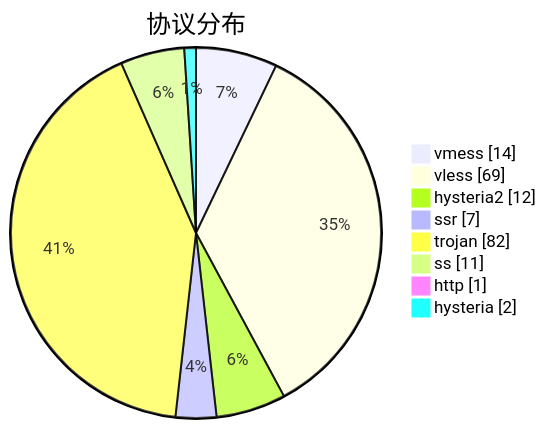
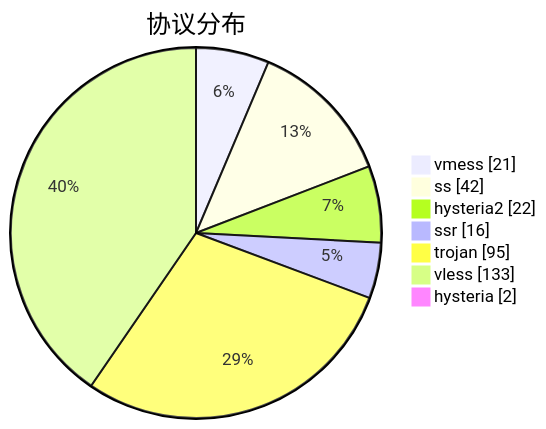
One commit to sinspired/airport changed the third of 3 diagrams in subs/statistics/tested_within.md. Above: the diagram before and after it, drawn with Mermaid. The commit also changed other lines of this file and 2 other files, not shown here.

````diff
--- a/subs/statistics/tested_within.md
+++ b/subs/statistics/tested_within.md
@@ -42,12 +55,11 @@
 ```mermaid
 pie showData
 title 协议分布
-"vmess" : 14
-"vless" : 69
-"hysteria2" : 12
-"ssr" : 7
-"trojan" : 82
-"ss" : 11
-"http" : 1
+"vmess" : 21
+"ss" : 42
+"hysteria2" : 22
+"ssr" : 16
+"trojan" : 95
+"vless" : 133
 "hysteria" : 2
 ```
````
